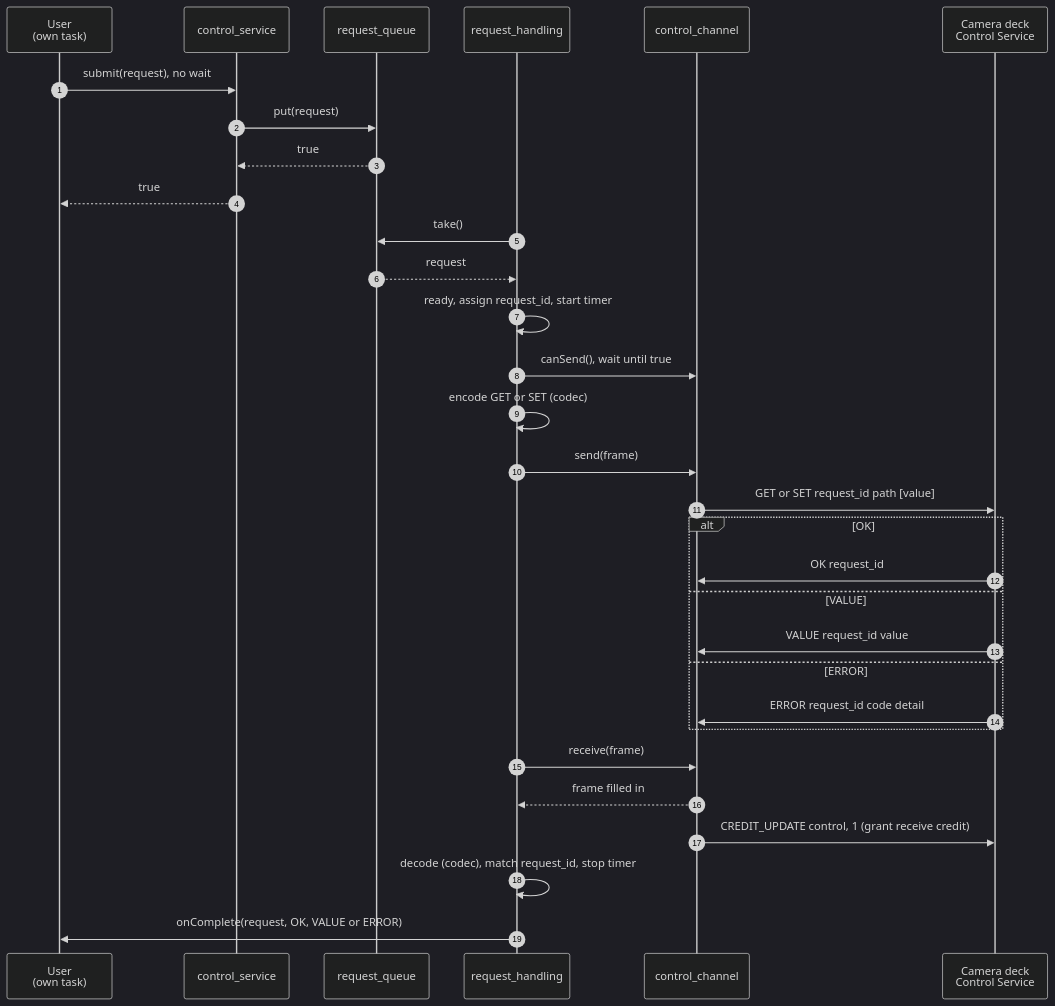
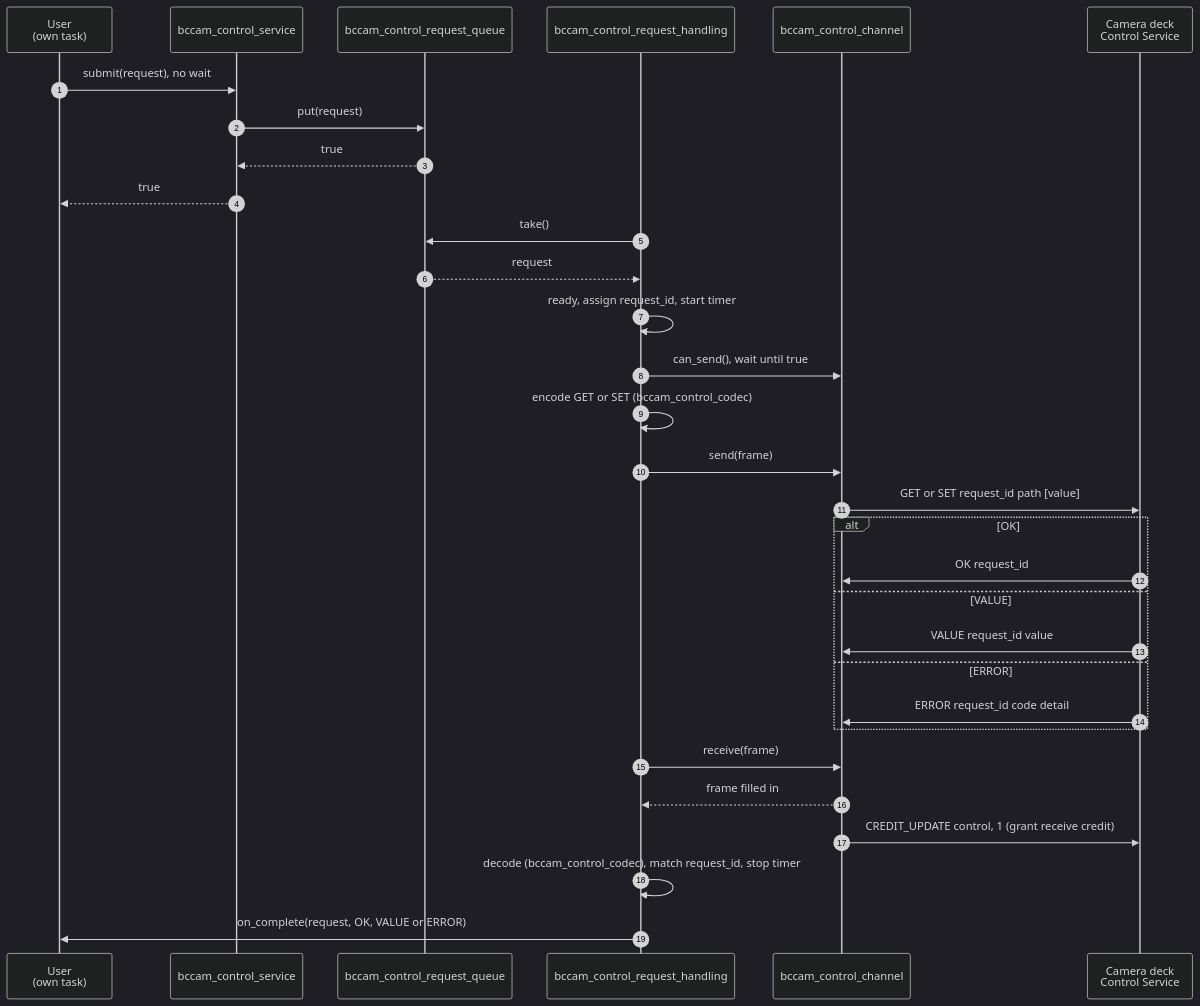
One commit to bitcraze/crazyflie-firmware changed the fourth of 9 diagrams in docs/functional-areas/camera-deck-control.md. Above: the diagram before and after it, drawn with Mermaid (dark theme). The commit also changed other lines of this file, not shown here.

````diff
--- a/docs/functional-areas/camera-deck-control.md
+++ b/docs/functional-areas/camera-deck-control.md
@@ -372,34 +386,34 @@
 ```mermaid
 sequenceDiagram
     autonumber
     participant U as User<br/>(own task)
-    participant CS as control_service
-    participant Q as request_queue
-    participant H as request_handling
-    participant Ch as control_channel
+    participant CS as bccam_control_service
+    participant Q as bccam_control_request_queue
+    participant H as bccam_control_request_handling
+    participant Ch as bccam_control_channel
     participant D as Camera deck<br/>Control Service
 
     U->>CS: submit(request), no wait
     CS->>Q: put(request)
     Q-->>CS: true
     CS-->>U: true
     H->>Q: take()
     Q-->>H: request
     H->>H: ready, assign request_id, start timer
-    H->>Ch: canSend(), wait until true
-    H->>H: encode GET or SET (codec)
+    H->>Ch: can_send(), wait until true
+    H->>H: encode GET or SET (bccam_control_codec)
     H->>Ch: send(frame)
     Ch->>D: GET or SET request_id path [value]
     alt OK
         D->>Ch: OK request_id
     else VALUE
         D->>Ch: VALUE request_id value
     else ERROR
         D->>Ch: ERROR request_id code detail
     end
     H->>Ch: receive(frame)
     Ch-->>H: frame filled in
     Ch->>D: CREDIT_UPDATE control, 1 (grant receive credit)
-    H->>H: decode (codec), match request_id, stop timer
-    H->>U: onComplete(request, OK, VALUE or ERROR)
+    H->>H: decode (bccam_control_codec), match request_id, stop timer
+    H->>U: on_complete(request, OK, VALUE or ERROR)
 ```
````
